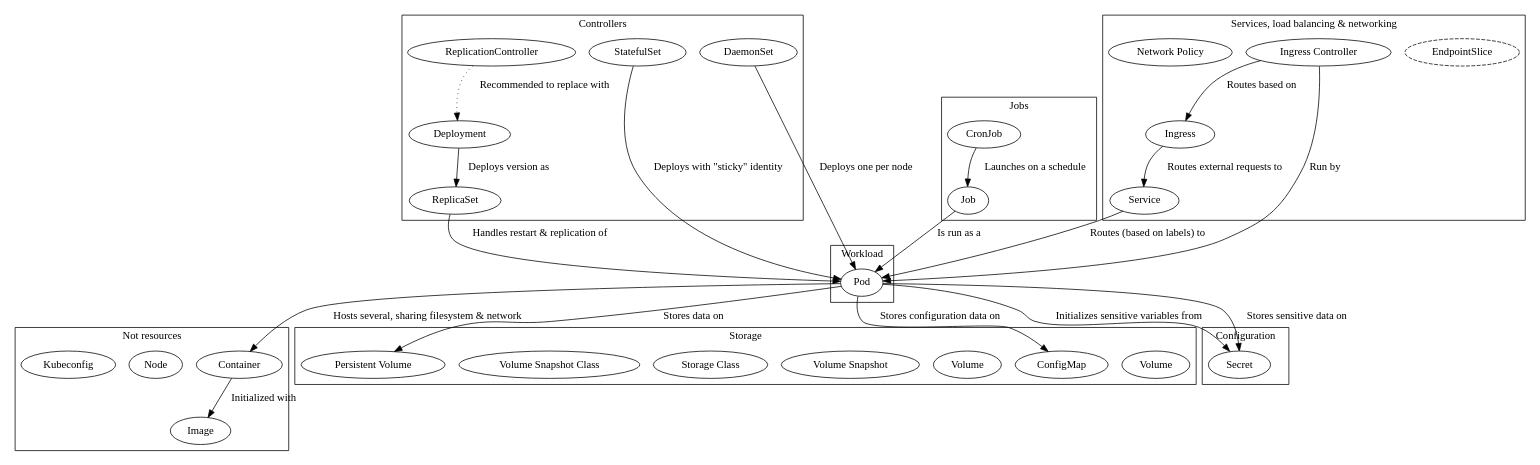
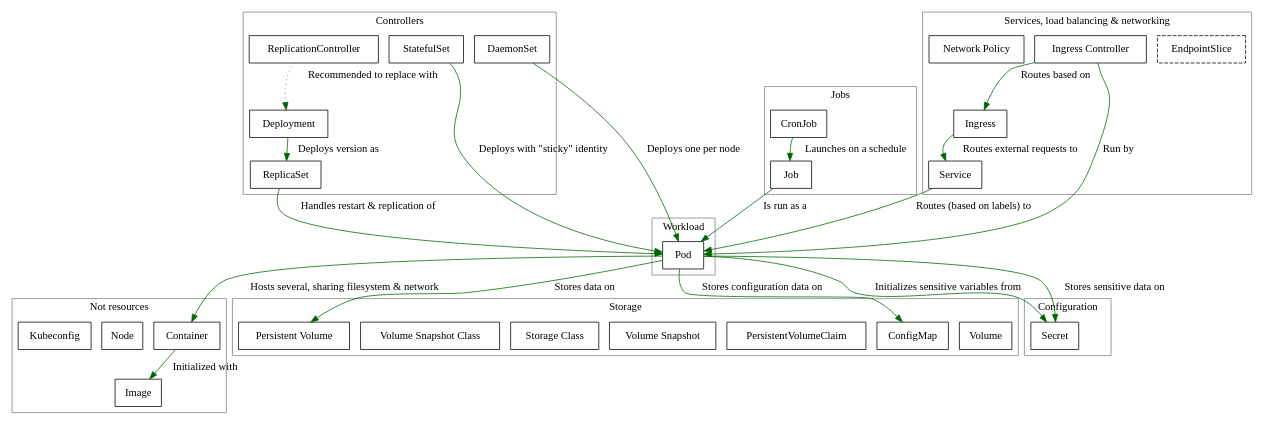
The diagram in documents/kubernetes/concept-map/graph.gv (kenkeiras/codigo-para-llevar), drawn with Graphviz before and after one commit.

Commit message:
Add light styling.

```diff
--- a/documents/kubernetes/concept-map/graph.gv
+++ b/documents/kubernetes/concept-map/graph.gv
@@ -1,98 +1,109 @@
 digraph {
+    node[shape=rect];
+    graph[pad="0", nodesep="0.2", ranksep="0"];
+    edge[color="darkgreen"];
+
     /********** NODES **********/
     // Outer objects
     subgraph cluster_no_resources {
         label="Not resources";
+        color="grey";
 
         container[label="Container", URL="https://www.docker.com/resources/what-container"];
         k8s_node[label="Node", URL="https://kubernetes.io/docs/concepts/architecture/nodes/"];
         image[label="Image", URL="https://kubernetes.io/docs/concepts/containers/images/"];
         kubeconfig[label="Kubeconfig", URL="https://kubernetes.io/docs/concepts/configuration/organize-cluster-access-kubeconfig/"]
     }
 
     // Base
     subgraph cluster_workload {
         label="Workload";
+        color="grey";
 
         pod[label="Pod", URL="https://kubernetes.io/docs/concepts/workloads/pods/pod/"];
     }
 
     // Controllers
     subgraph cluster_controllers {
         label="Controllers";
+        color="grey";
 
         deployment[label="Deployment", URL="https://kubernetes.io/docs/concepts/workloads/controllers/deployment/"];
         replicaset[label="ReplicaSet", URL="https://kubernetes.io/docs/concepts/workloads/controllers/replicaset/"];
         replication_controller[label="ReplicationController", URL="https://kubernetes.io/docs/concepts/workloads/controllers/replicationcontroller/"];
         statefulset[label="StatefulSet", URL="https://kubernetes.io/docs/concepts/workloads/controllers/statefulset/"];
         daemonset[label="DaemonSet", URL="https://kubernetes.io/docs/concepts/workloads/controllers/daemonset/"];
     }
 
     // Jobs
     subgraph cluster_jobs {
         label="Jobs";
+        color="grey";
 
         job[label="Job", URL="https://kubernetes.io/docs/concepts/workloads/controllers/jobs-run-to-completion/"];
         cronjob[label="CronJob", URL="https://kubernetes.io/docs/concepts/workloads/controllers/cron-jobs/"];
     }
 
     // Services, load balancing & networking
     subgraph cluster_services {
         label="Services, load balancing & networking";
+        color="grey";
 
         endpoint_slice[label="EndpointSlice", URL="https://kubernetes.io/docs/concepts/services-networking/endpoint-slices/", style="dashed"];
         service[label="Service", URL="https://kubernetes.io/docs/concepts/services-networking/service/"];
         ingress[label="Ingress", URL="https://kubernetes.io/docs/concepts/services-networking/ingress/"];
         ingress_controller[label="Ingress Controller", URL="https://kubernetes.io/docs/concepts/services-networking/ingress-controllers/"];
         network_policy[label="Network Policy", URL="https://kubernetes.io/docs/concepts/services-networking/network-policies/"];
     }
 
     // Storage
     subgraph cluster_storage {
         label="Storage";
+        color="grey";
 
         volume[label="Volume", URL="https://kubernetes.io/docs/concepts/storage/volumes/"];
         persistent_volume[label="Persistent Volume", URL="https://kubernetes.io/docs/concepts/storage/persistent-volumes/"];
-        persistent_volume_claim[label="Volume", URL="https://kubernetes.io/docs/concepts/storage/persistent-volumes/#persistentvolumeclaims"];
+        persistent_volume_claim[label="PersistentVolumeClaim", URL="https://kubernetes.io/docs/concepts/storage/persistent-volumes/#persistentvolumeclaims"];
         volume_snapshot[label="Volume Snapshot", URL="https://kubernetes.io/docs/concepts/storage/volume-snapshots/"];
         storage_class[label="Storage Class", URL="https://kubernetes.io/docs/concepts/storage/storage-classes/"];
         volume_snapshot_class[label="Volume Snapshot Class", URL="https://kubernetes.io/docs/concepts/storage/volume-snapshot-classes/"];
         configmap[label="ConfigMap", URL="https://kubernetes.io/docs/concepts/storage/volumes/#configmap"];
     }
 
     // Configuration
     subgraph cluster_configuration {
         label="Configuration";
+        color="grey";
 
         secret[label="Secret", URL="https://kubernetes.io/docs/concepts/configuration/secret/"];
     }
 
     /********** LINKS **********/
     // Controllers
     container -> image[label="Initialized with"];
     pod -> container[label="Hosts several, sharing filesystem & network"];
     deployment -> replicaset[label="Deploys version as"];
     replicaset -> pod[label="Handles restart & replication of"];
     statefulset -> pod[label="Deploys with \"sticky\" identity"];
     daemonset -> pod[label="Deploys one per node"];
 
     replication_controller -> deployment[label="Recommended to replace with", style="dotted"];
 
     // Jobs
     cronjob -> job[label="Launches on a schedule"];
     job -> pod[label="Is run as a"];
 
     // Services, load balancing & networking
     ingress_controller -> pod[label="Run by"];
     ingress_controller -> ingress[label="Routes based on"];
 
     ingress -> service[label="Routes external requests to"];
     service -> pod[label="Routes (based on labels) to"];
 
     // Storage
     pod -> persistent_volume[label="Stores data on"];
     pod -> secret[label="Initializes sensitive variables from"];
     pod -> secret[label="Stores sensitive data on"];
     pod -> configmap[label="Stores configuration data on"];
 
 }
```
